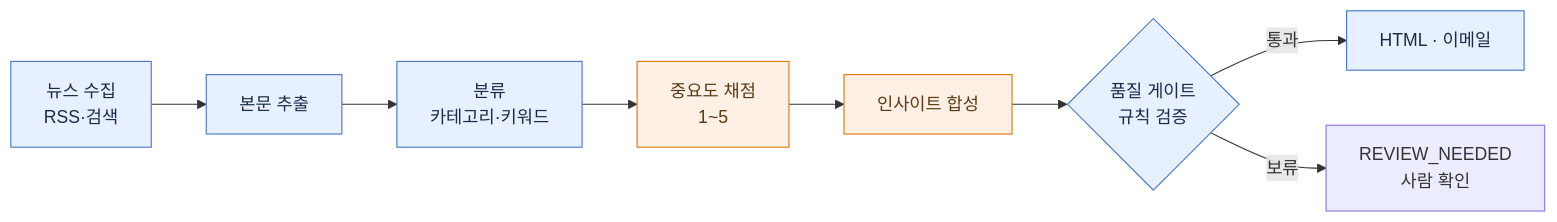
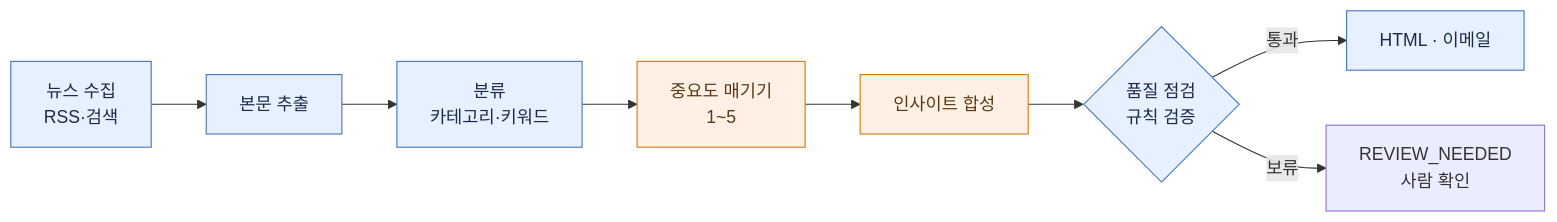
Before and after one commit to Wendy-Nam/pr-monitor-plugin: the diagram in README.md, drawn with Mermaid. The commit also changed other lines of this file, not shown here.

````diff
--- a/README.md
+++ b/README.md
@@ -59,13 +59,13 @@
 ```mermaid
 flowchart LR
     A[뉴스 수집<br/>RSS·검색] --> B[본문 추출] --> C[분류<br/>카테고리·키워드]
-    C --> D[중요도 채점<br/>1~5]
+    C --> D[중요도 매기기<br/>1~5]
     D --> E[인사이트 합성]
-    E --> F{품질 게이트<br/>규칙 검증}
+    E --> F{품질 점검<br/>규칙 검증}
     F -->|통과| G[HTML · 이메일]
     F -->|보류| H[REVIEW_NEEDED<br/>사람 확인]
     classDef det fill:#e7f0ff,stroke:#4673c4,color:#1a2b4a;
     classDef llm fill:#fff0e6,stroke:#d97706,color:#5a3a14;
     class A,B,C,F,G det;
     class D,E llm;
 ```
````
